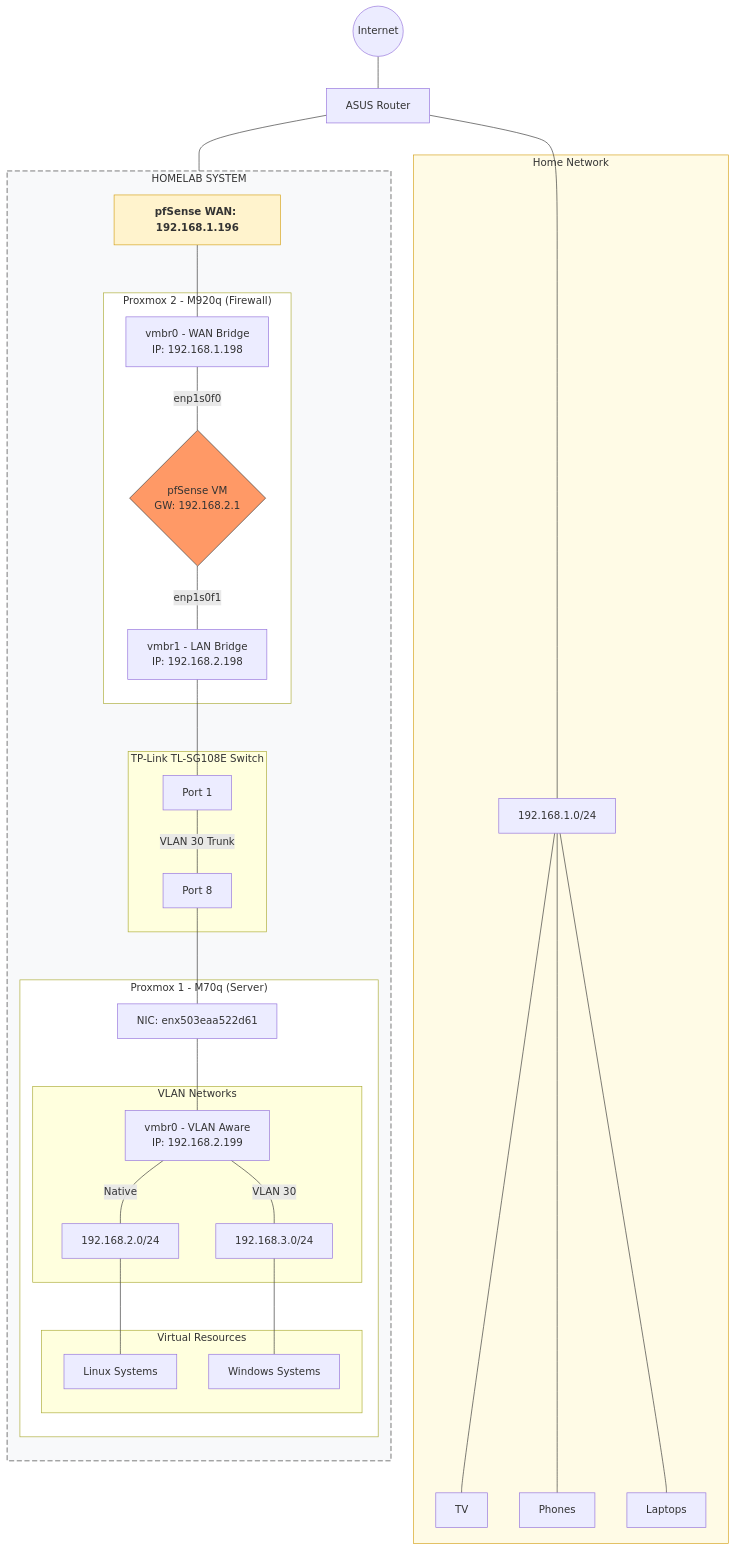
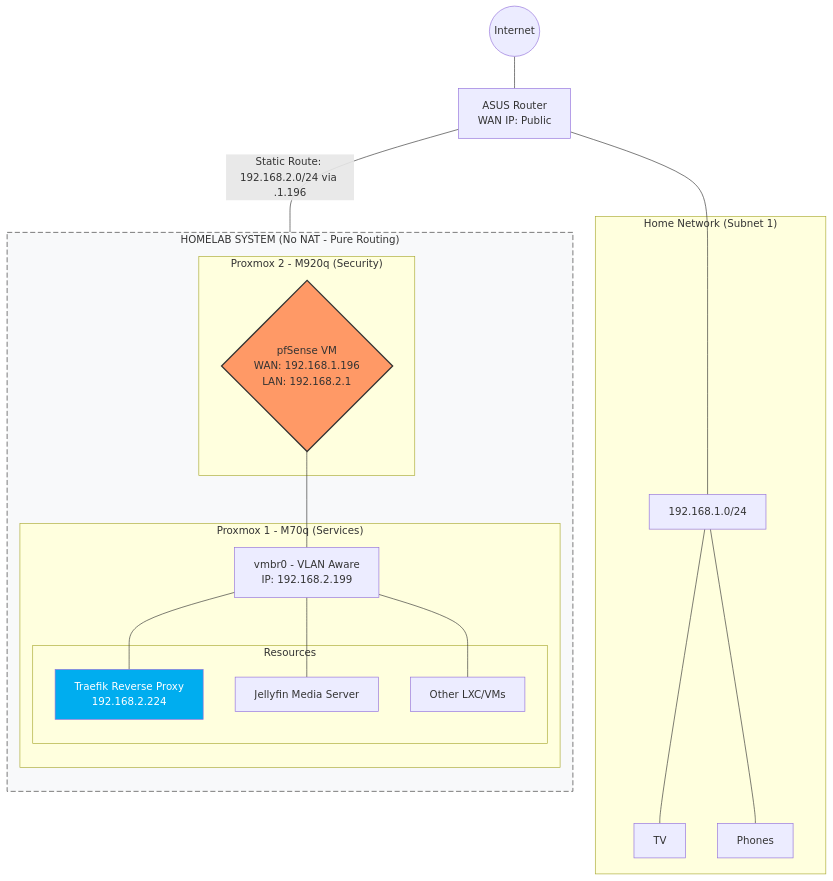
The diagram in README.md (torokrolf/homelab), drawn with Mermaid before and after one commit.

````diff
--- a/README.md
+++ b/README.md
@@ -87,72 +87,49 @@
 ```mermaid
 graph TD
     %% Global
-    Internet((Internet)) --- Asus[ASUS Router]
+    Internet((Internet)) --- Asus[ASUS Router <br/> WAN IP: Public]
 
     %% Home Network Section
-    subgraph Home_Net ["Home Network"]
+    subgraph Home_Net ["Home Network (Subnet 1)"]
         Subnet["192.168.1.0/24"]
         TV["TV"]
         Phone["Phones"]
-        Laptop["Laptops"]
     end
     Asus --- Subnet
     Subnet --- TV
     Subnet --- Phone
-    Subnet --- Laptop
 
-    %% Homelab Entry Point
-    Entry_IP["pfSense WAN: 192.168.1.196"]
-    Asus --- Entry_IP
+    %% The Connection (Static Route on ASUS)
+    Asus -- "Static Route: 192.168.2.0/24 via .1.196" --- pfS
 
     %% HOMELAB SYSTEM
-    subgraph Homelab_System ["HOMELAB SYSTEM"]
+    subgraph Homelab_System ["HOMELAB SYSTEM (No NAT - Pure Routing)"]
         direction TB
 
         %% Node2 - Firewall Node
-        subgraph Node2 ["Proxmox 2 - M920q (Firewall)"]
-            P2_WAN["vmbr0 - WAN Bridge <br/> IP: 192.168.1.198"]
-            pfS{pfSense VM <br/> GW: 192.168.2.1}
-            P2_LAN["vmbr1 - LAN Bridge <br/> IP: 192.168.2.198"]
-
-            P2_WAN -- "enp1s0f0" --- pfS
-            pfS -- "enp1s0f1" --- P2_LAN
+        subgraph Node2 ["Proxmox 2 - M920q (Security)"]
+            pfS{pfSense VM <br/> WAN: 192.168.1.196 <br/> LAN: 192.168.2.1}
         end
 
-        Entry_IP --- P2_WAN
-
-        %% Physical Switch
-        subgraph Switch ["TP-Link TL-SG108E Switch"]
-            SW_P1[Port 1] -- "VLAN 30 Trunk" --- SW_P8[Port 8]
+        %% Node1 - Compute Node
+        subgraph Node1 ["Proxmox 1 - M70q (Services)"]
+            P1_Bridge["vmbr0 - VLAN Aware <br/> IP: 192.168.2.199"]
+            
+            subgraph VMs ["Resources"]
+                Traefik["Traefik Reverse Proxy <br/> 192.168.2.224"]
+                Jellyfin["Jellyfin Media Server"]
+                Apps["Other LXC/VMs"]
+            end
         end
 
-        P2_LAN --- SW_P1
-        SW_P8 --- P1_NIC
-
-        %% Node1 - Compute Node
-        subgraph Node1 ["Proxmox 1 - M70q (Server)"]
-            P1_NIC["NIC: enx503eaa522d61"]
-            P1_Bridge["vmbr0 - VLAN Aware <br/> IP: 192.168.2.199"]
-
-            P1_NIC --- P1_Bridge
-
-            subgraph Subnets ["VLAN Networks"]
-                P1_Bridge -- "Native" --- LAN2["192.168.2.0/24"]
-                P1_Bridge -- "VLAN 30" --- VLAN3["192.168.3.0/24"]
-            end
-
-            subgraph VMs ["Virtual Resources"]
-                LAN2 --- Linux["Linux Systems"]
-                VLAN3 --- Windows["Windows Systems"]
-            end
-        end
+        pfS --- P1_Bridge
+        P1_Bridge --- Traefik
+        P1_Bridge --- Jellyfin
+        P1_Bridge --- Apps
     end
 
     %% Styles
-    style Home_Net fill:#fffbe6,stroke:#d4a017
-    style Entry_IP fill:#fff3cd,stroke:#d4a017,font-weight:bold
-    style pfS fill:#f96,stroke:#333
+    style pfS fill:#f96,stroke:#333,stroke-width:2px
     style Homelab_System fill:#f8f9fa,stroke:#333,stroke-dasharray: 8 4
-    style Node1 fill:#fff
-    style Node2 fill:#fff
+    style Traefik fill:#00adef,color:#fff
 ```
````
